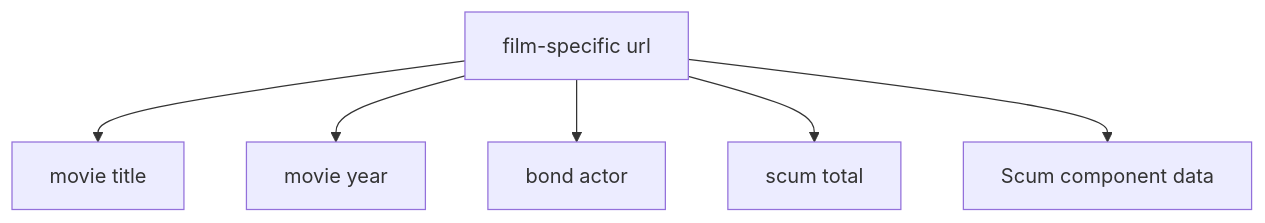
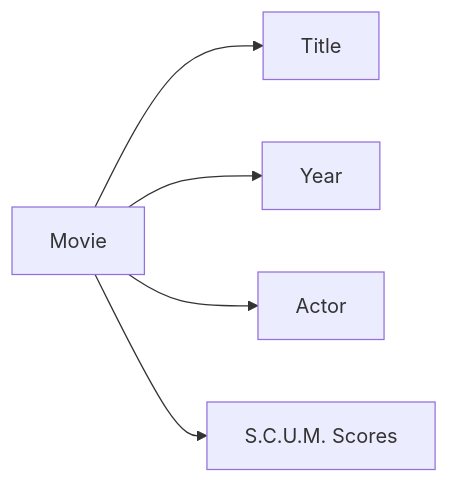
The first of 3 diagrams in index.qmd (mikedecr/post_memo_scum), drawn with Mermaid before and after one commit. The commit also changed other lines of this file, not shown here.

````diff
--- a/index.qmd
+++ b/index.qmd
@@ -84,9 +75,8 @@
 ```{mermaid}
 %%| echo: false
-flowchart TB
-  A[film-specific url] --> D[movie title]
-  A -->  G[movie year]
-  A --> F[bond actor]
-  A -->  H[scum total]
-  A -->  J[Scum component data]
+flowchart LR
+A[Movie] --> B[Title]
+A[Movie] --> C[Year]
+A[Movie] --> D[Actor]
+A[Movie] --> E[S.C.U.M. Scores]
 ```
````
